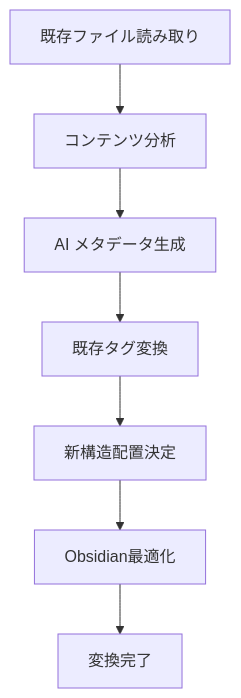
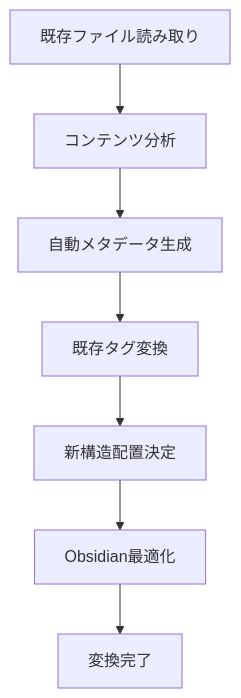
One commit to drillan/claude-knowledge-catalyst changed the second of 2 diagrams in docs/user-guide/obsidian-migration.md. Above: the diagram before and after it, drawn with Mermaid. The commit also changed other lines of this file and 19 other files, not shown here.

````diff
--- a/docs/user-guide/obsidian-migration.md
+++ b/docs/user-guide/obsidian-migration.md
@@ -148,9 +148,9 @@
 ```mermaid
 graph TB
     A[既存ファイル読み取り] --> B[コンテンツ分析]
-    B --> C[AI メタデータ生成]
+    B --> C[自動メタデータ生成]
     C --> D[既存タグ変換]
     D --> E[新構造配置決定]
     E --> F[Obsidian最適化]
     F --> G[変換完了]
 ```
````
